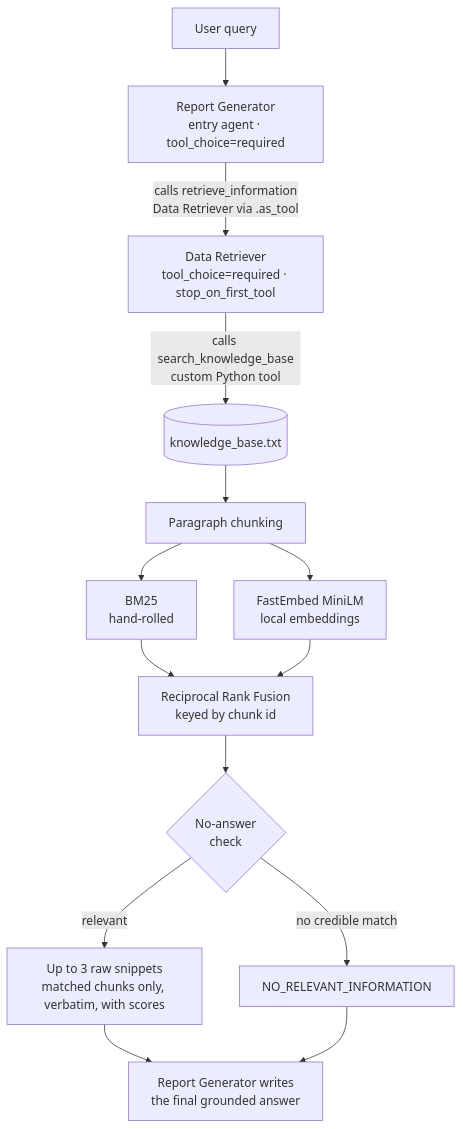
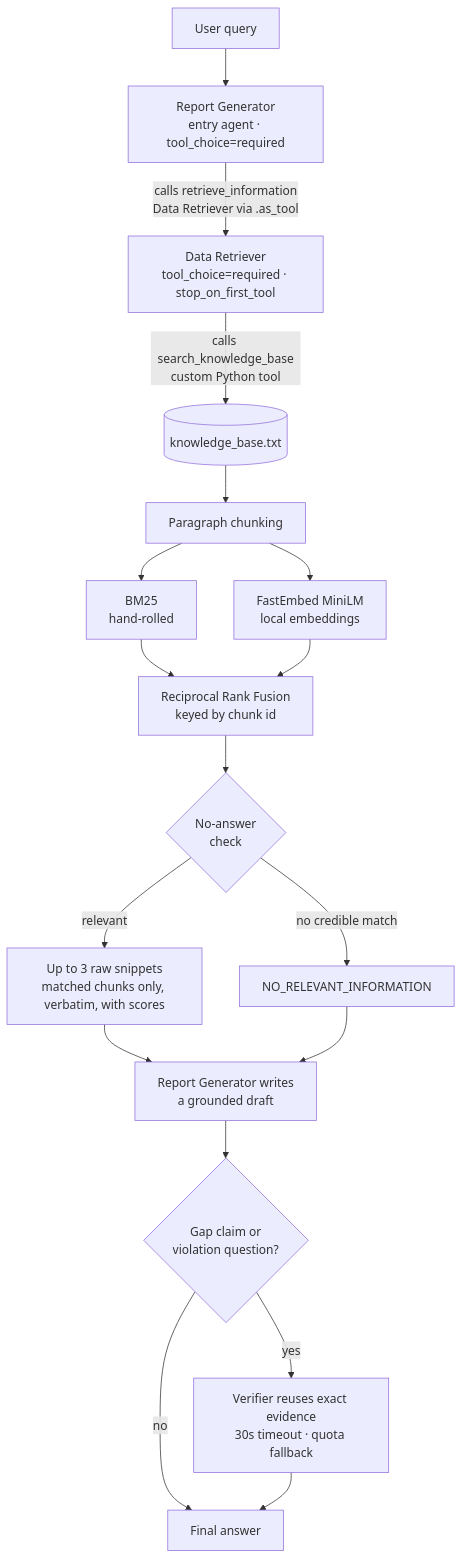
Before and after one commit to KittituchW/bbl-agentic-rag-test: the first of 2 diagrams in README.md, drawn with Mermaid. The commit also changed other lines of this file and 10 other files, not shown here.

````diff
--- a/README.md
+++ b/README.md
@@ -10,16 +10,20 @@
 ```mermaid
 flowchart TD
     Q["User query"] --> RG["Report Generator<br/>entry agent · tool_choice=required"]
     RG -->|calls retrieve_information<br/>Data Retriever via .as_tool| DR["Data Retriever<br/>tool_choice=required · stop_on_first_tool"]
     DR -->|calls search_knowledge_base<br/>custom Python tool| KB[("knowledge_base.txt")]
     KB --> CH["Paragraph chunking"]
     CH --> BM25["BM25<br/>hand-rolled"]
     CH --> EMB["FastEmbed MiniLM<br/>local embeddings"]
     BM25 --> RRF["Reciprocal Rank Fusion<br/>keyed by chunk id"]
     EMB --> RRF
     RRF --> NA{"No-answer<br/>check"}
     NA -->|relevant| TOP["Up to 3 raw snippets<br/>matched chunks only, verbatim, with scores"]
     NA -->|no credible match| NORES["NO_RELEVANT_INFORMATION"]
-    TOP --> FINAL["Report Generator writes<br/>the final grounded answer"]
-    NORES --> FINAL
+    TOP --> DRAFT["Report Generator writes<br/>a grounded draft"]
+    NORES --> DRAFT
+    DRAFT --> RISK{"Gap claim or<br/>violation question?"}
+    RISK -->|no| FINAL["Final answer"]
+    RISK -->|yes| VERIFY["Verifier reuses exact evidence<br/>30s timeout · quota fallback"]
+    VERIFY --> FINAL
 ```
````
